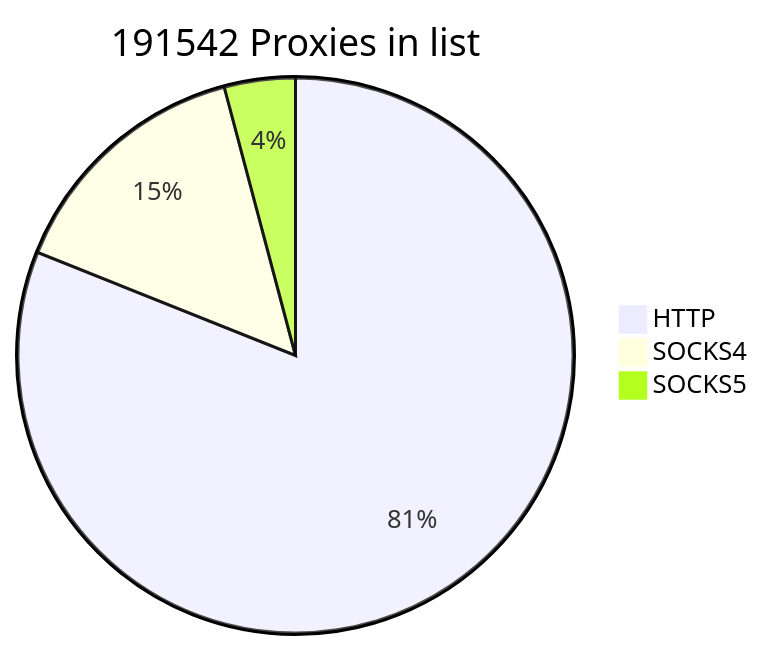
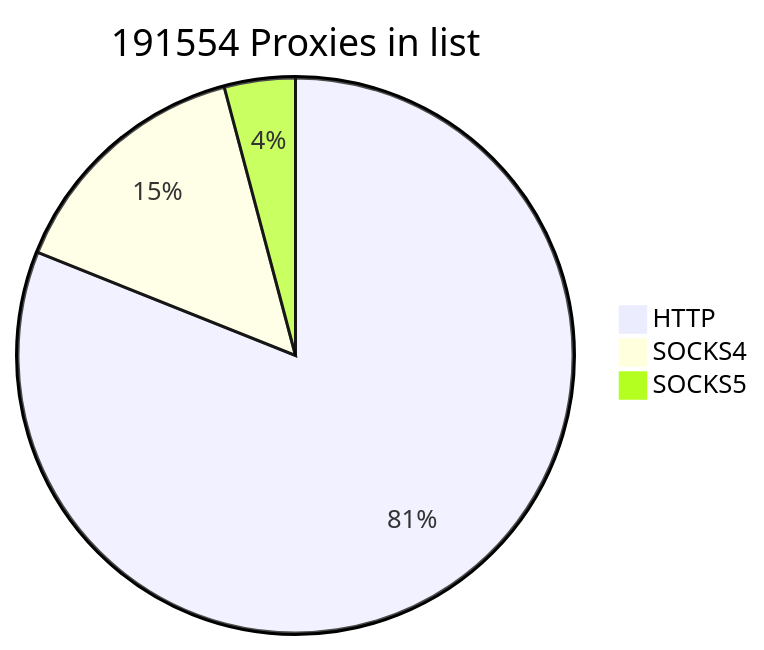
Before and after one commit to cutipu/proxylist: the first of 2 diagrams in README.md, drawn with Mermaid. The commit also changed other lines of this file, not shown here.

````diff
--- a/README.md
+++ b/README.md
@@ -2,7 +2,7 @@
 ```mermaid
-pie title 191542 Proxies in list
-    "HTTP" : 155251
-    "SOCKS4" : 28383
-    "SOCKS5" : 7908
+pie title 191554 Proxies in list
+    "HTTP" : 155262
+    "SOCKS4" : 28382
+    "SOCKS5" : 7910
             
 ```
````
